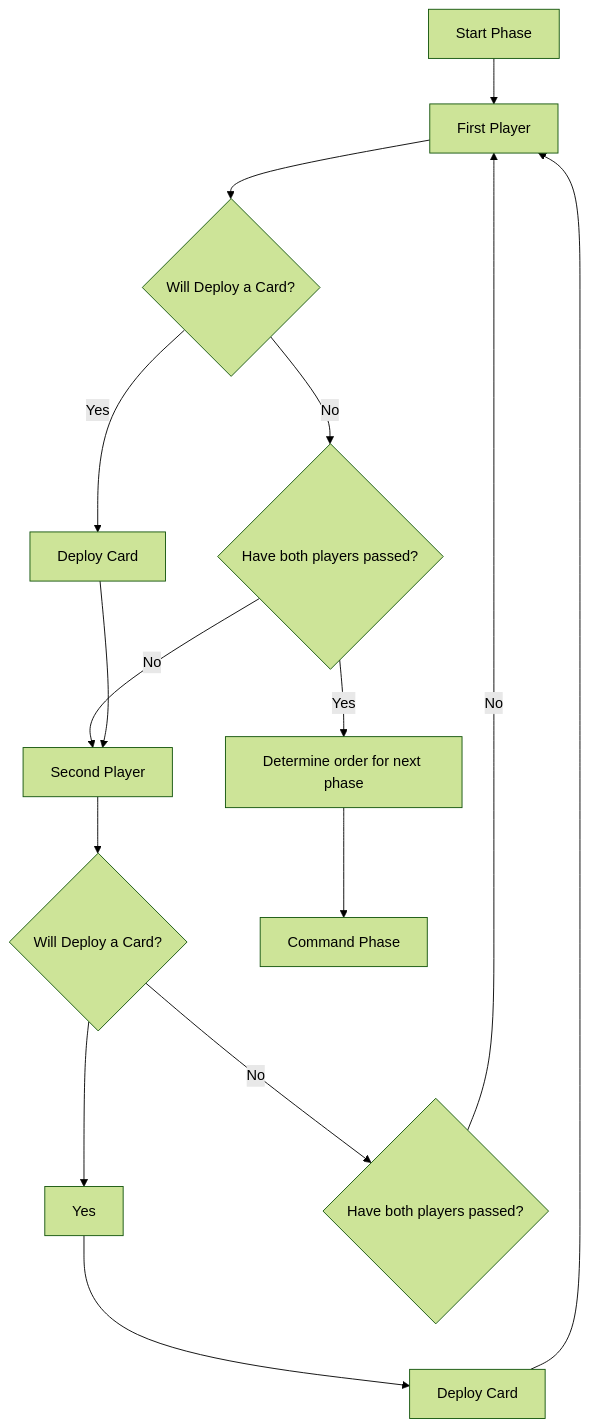
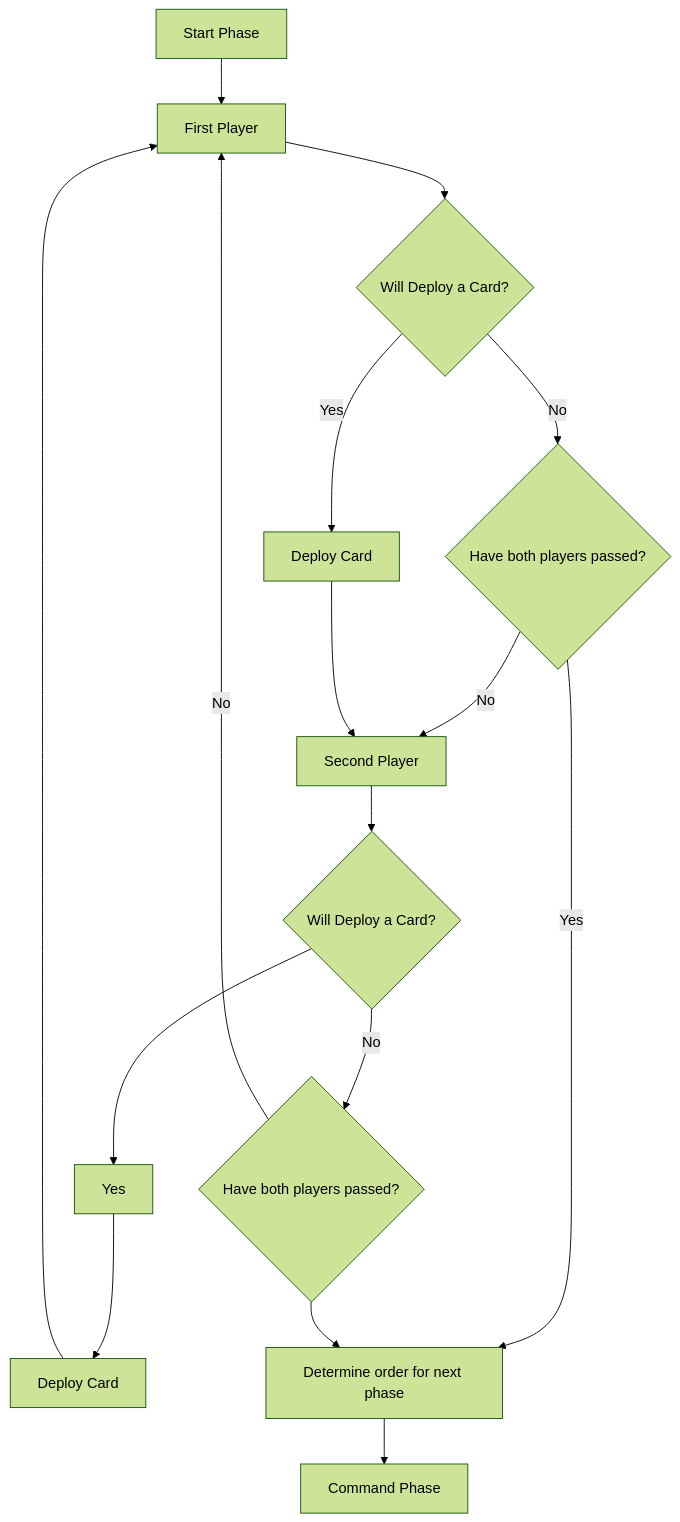
The diagram in Rules.md (Billaferd/QuantumNexus), drawn with Mermaid (forest theme) before and after one commit.

````diff
--- a/Rules.md
+++ b/Rules.md
@@ -227,16 +227,17 @@
 ```mermaid
 graph TD;
   Start[Start Phase] --> FirstPlayer[First Player];
   FirstPlayer --> WillDeploy1{Will Deploy a Card?};
   WillDeploy1 -- Yes --> DeployCard1[Deploy Card];
   WillDeploy1 -- No --> BothPass1{Have both players passed?};
   BothPass1 -- No --> SecondPlayer[Second Player];
   DeployCard1 --> SecondPlayer;
   SecondPlayer --> WillDeploy2{Will Deploy a Card?};
   WillDeploy2 --> Yes --> DeployCard2[Deploy Card];
   WillDeploy2 -- No --> BothPass2{Have both players passed?};
   DeployCard2 --> FirstPlayer;
   BothPass2 -- No --> FirstPlayer;
   BothPass1 -- Yes --> DetermineOrder[Determine order for next phase];
+  BothPass2 --> DetermineOrder
   DetermineOrder --> CommandPhase[Command Phase];
 ```
````
